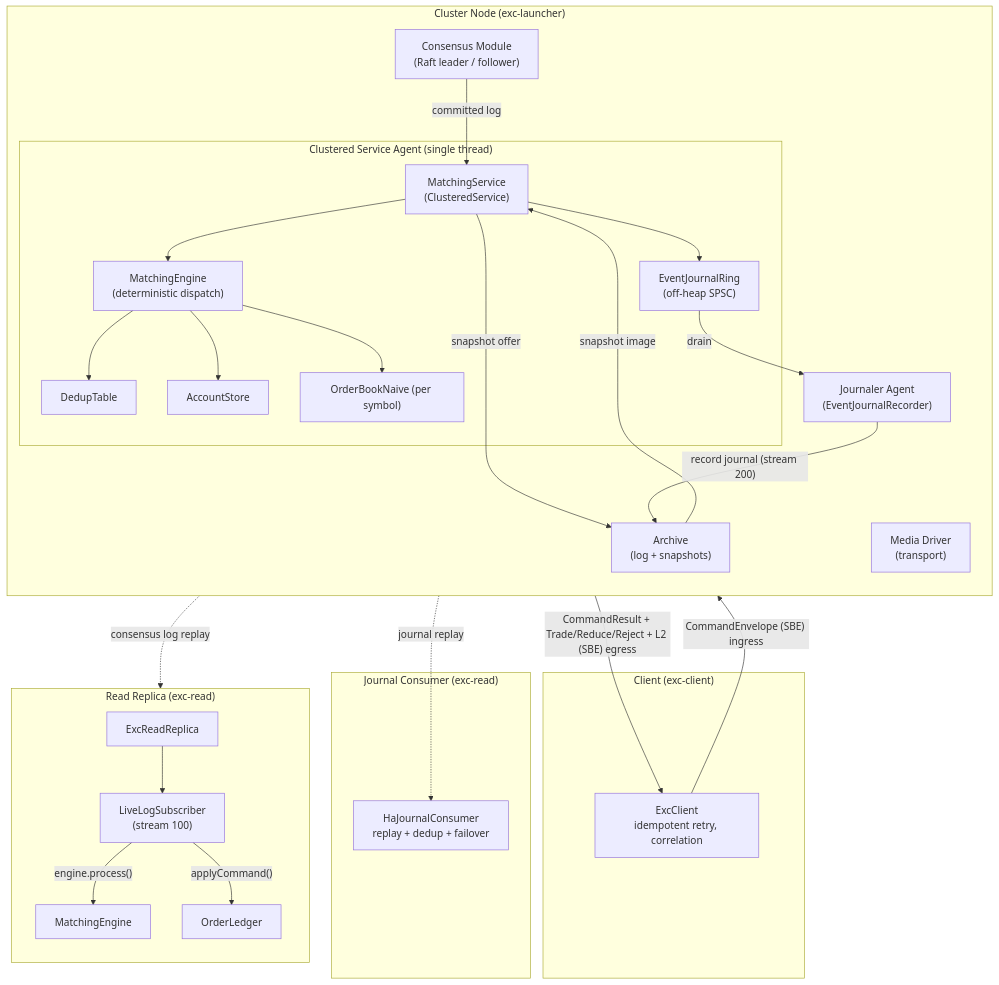
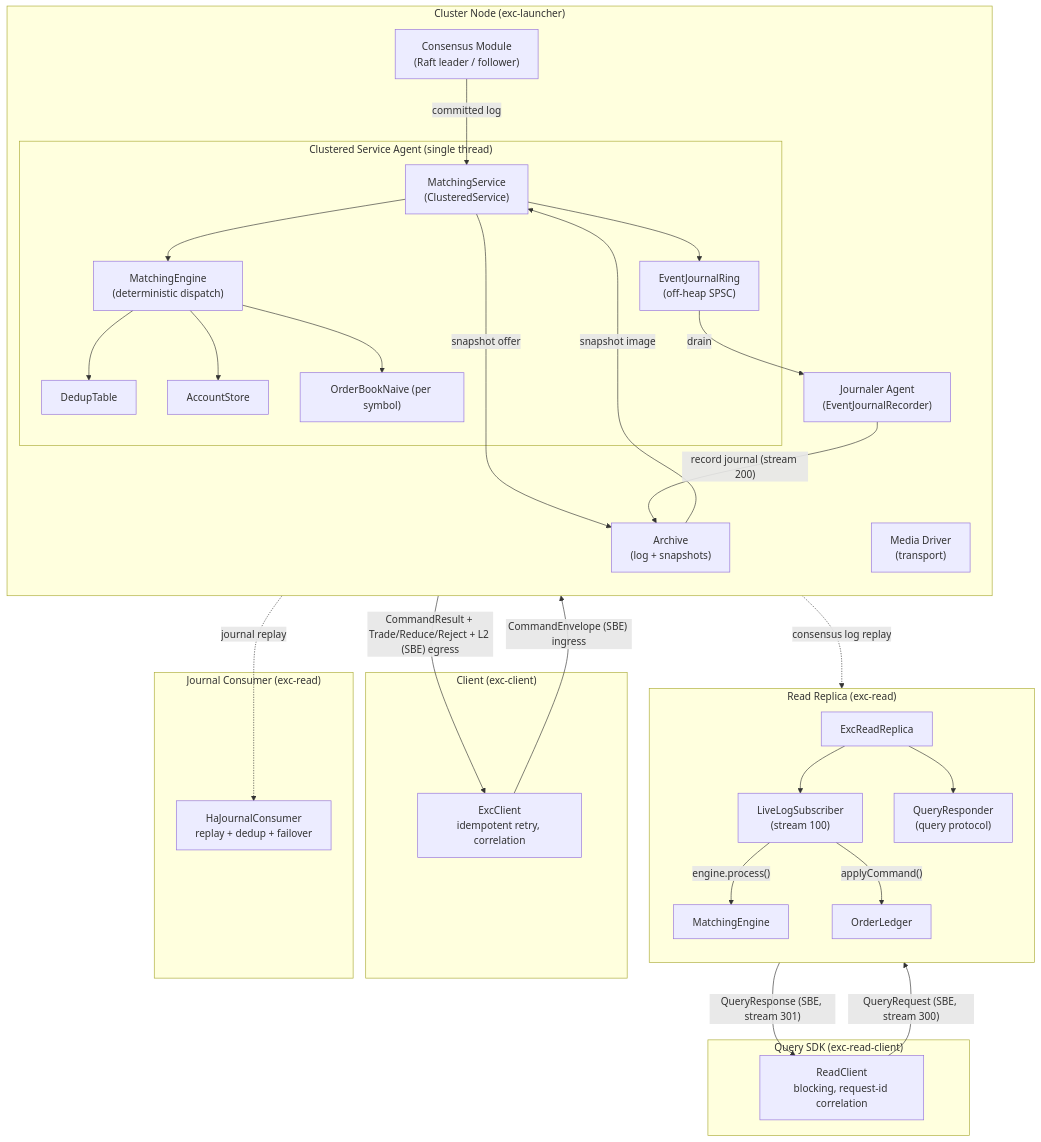
One commit to brianpht/excoredum changed the first of 7 diagrams in docs/ARCHITECTURE.md. Above: the diagram before and after it, drawn with Mermaid. The commit also changed other lines of this file and 26 other files, not shown here.

First line of the commit message:
feat: Implement QueryResponder for handling read-side queries

````diff
--- a/docs/ARCHITECTURE.md
+++ b/docs/ARCHITECTURE.md
@@ -183,52 +183,60 @@
 ```mermaid
 flowchart TB
     subgraph CLIENTSIDE["Client (exc-client)"]
         CLIENT["ExcClient\nidempotent retry, correlation"]
     end
 
     subgraph NODE["Cluster Node (exc-launcher)"]
         direction TB
         MD["Media Driver\n(transport)"]
         CM["Consensus Module\n(Raft leader / follower)"]
         AR["Archive\n(log + snapshots)"]
         subgraph SC["Clustered Service Agent (single thread)"]
             MS["MatchingService\n(ClusteredService)"]
             ME["MatchingEngine\n(deterministic dispatch)"]
             DT["DedupTable"]
             AC["AccountStore"]
             OB["OrderBookNaive (per symbol)"]
             RING["EventJournalRing\n(off-heap SPSC)"]
             MS --> ME
             ME --> DT
             ME --> AC
             ME --> OB
             MS --> RING
         end
         JR["Journaler Agent\n(EventJournalRecorder)"]
         CM -->|" committed log "| MS
         MS -->|" snapshot offer "| AR
         AR -->|" snapshot image "| MS
         RING -->|" drain "| JR
         JR -->|" record journal (stream 200) "| AR
     end
 
     subgraph JCON["Journal Consumer (exc-read)"]
         HJC["HaJournalConsumer\nreplay + dedup + failover"]
     end
 
     subgraph READ["Read Replica (exc-read)"]
         direction TB
         RR["ExcReadReplica"]
         LLS["LiveLogSubscriber\n(stream 100)"]
         ME2["MatchingEngine"]
         LED["OrderLedger"]
+        QR["QueryResponder\n(query protocol)"]
         LLS -->|" engine.process() "| ME2
         LLS -->|" applyCommand() "| LED
         RR --> LLS
+        RR --> QR
+    end
+
+    subgraph READCLIENT["Query SDK (exc-read-client)"]
+        RC["ReadClient\nblocking, request-id correlation"]
     end
 
     CLIENT -->|" CommandEnvelope (SBE) ingress "| CM
     MS -->|" CommandResult + Trade/Reduce/Reject + L2 (SBE) egress "| CLIENT
     AR -.->|" consensus log replay "| LLS
     AR -.->|" journal replay "| HJC
+    RC -->|" QueryRequest (SBE, stream 300) "| QR
+    QR -->|" QueryResponse (SBE, stream 301) "| RC
 ```
````
